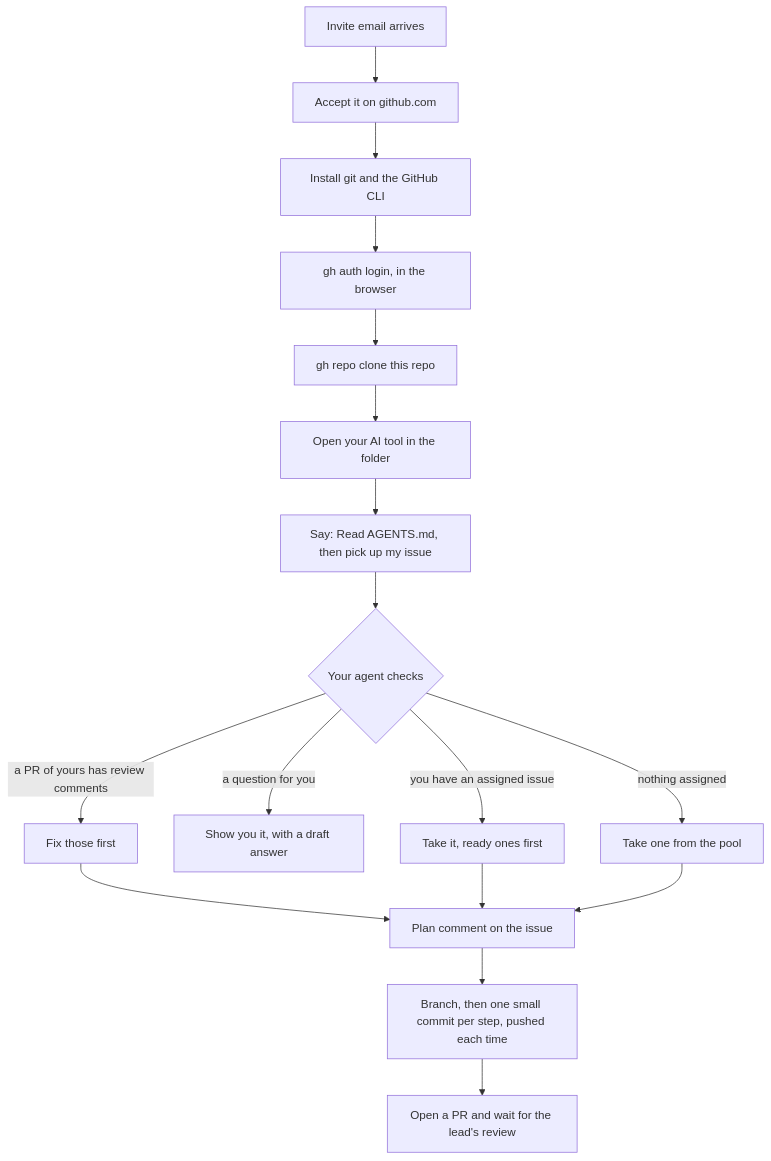
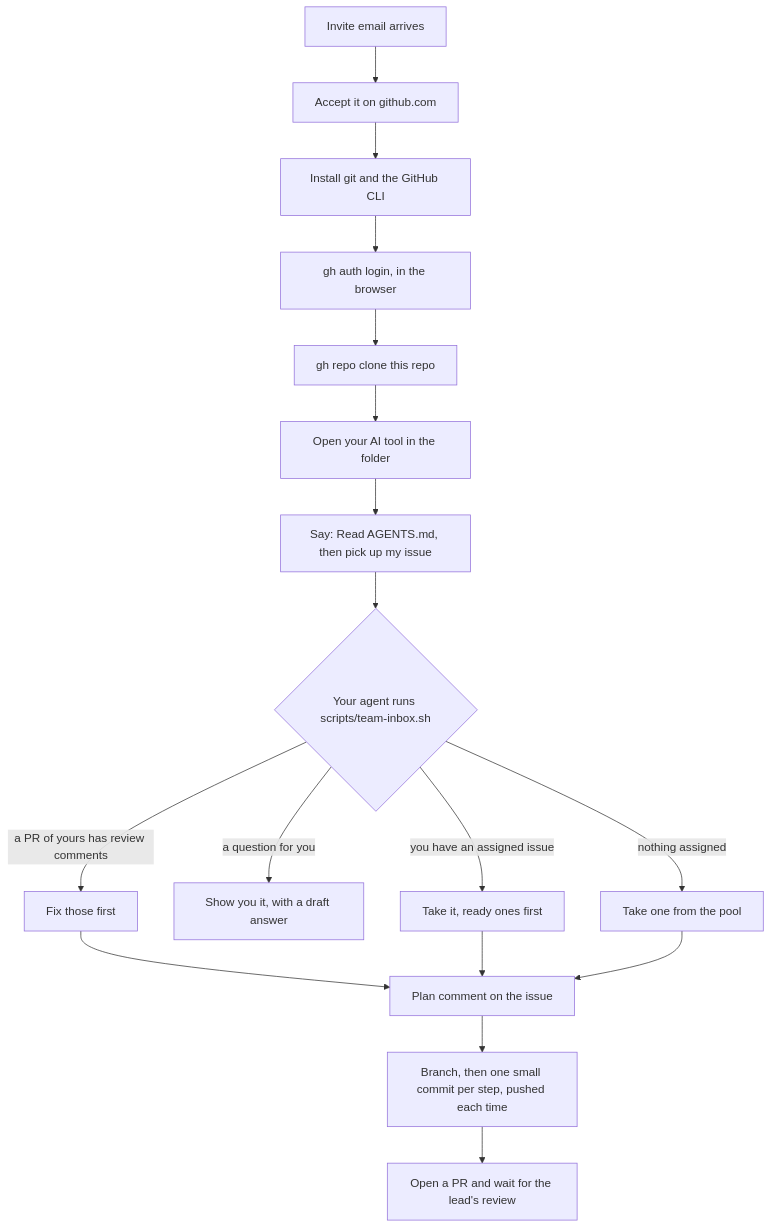
One commit to atiladeokegab/kit-sandbox-e1 changed the third of 5 diagrams in README.md. Above: the diagram before and after it, drawn with Mermaid. The commit also changed other lines of this file and 14 other files, not shown here.

````diff
--- a/README.md
+++ b/README.md
@@ -80,19 +80,19 @@
 ```mermaid
 flowchart TB
     A["Invite email arrives"] --> B["Accept it on github.com"]
     B --> C["Install git and the GitHub CLI"]
     C --> D["gh auth login, in the browser"]
     D --> E["gh repo clone this repo"]
     E --> F["Open your AI tool in the folder"]
     F --> G["Say: Read AGENTS.md, then pick up my issue"]
-    G --> H{"Your agent checks"}
+    G --> H{"Your agent runs scripts/team-inbox.sh"}
     H -- "a PR of yours has review comments" --> I["Fix those first"]
     H -- "a question for you" --> Q["Show you it, with a draft answer"]
     H -- "you have an assigned issue" --> J["Take it, ready ones first"]
     H -- "nothing assigned" --> K["Take one from the pool"]
     I --> L["Plan comment on the issue"]
     J --> L
     K --> L
     L --> M["Branch, then one small commit per step, pushed each time"]
     M --> N["Open a PR and wait for the lead's review"]
 ```
````
